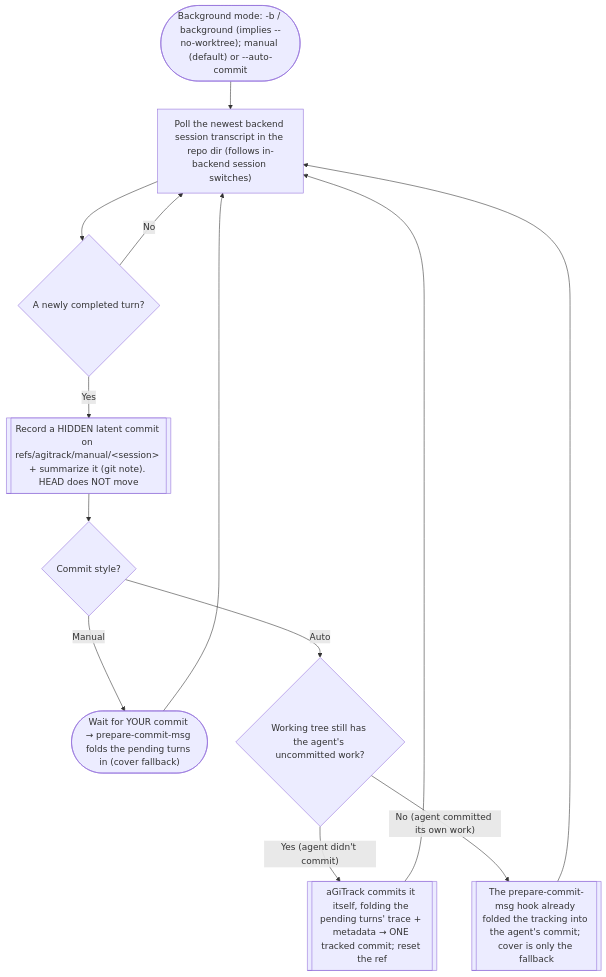
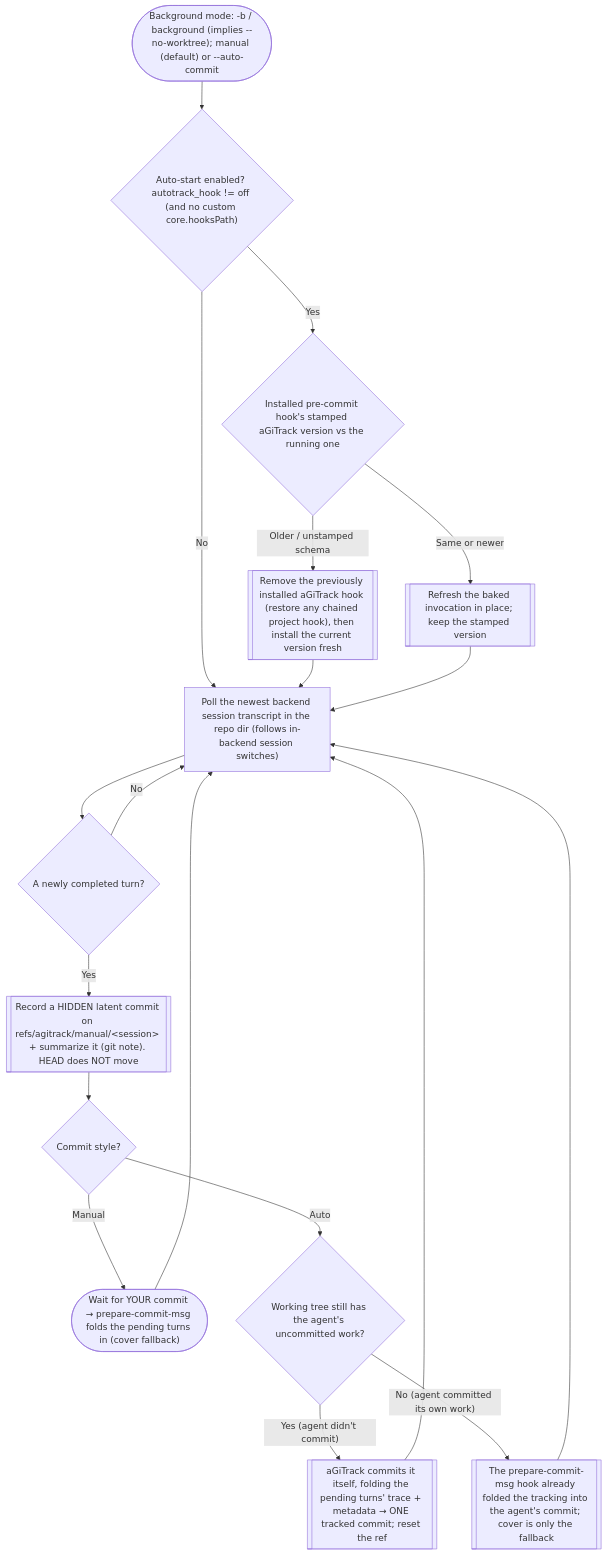
The sixth of 17 diagrams in docs/user-flow.md (core-aix/agitrack), drawn with Mermaid before and after one commit. The commit also changed other lines of this file and 7 other files, not shown here.

````diff
--- a/docs/user-flow.md
+++ b/docs/user-flow.md
@@ -226,15 +236,22 @@
 ```mermaid
 flowchart TD
-  s(["Background mode: -b / background (implies --no-worktree); manual (default) or --auto-commit"]) --> watch["Poll the newest backend session transcript in the repo dir (follows in-backend session switches)"]
+  s(["Background mode: -b / background (implies --no-worktree); manual (default) or --auto-commit"]) --> hookq{"Auto-start enabled? autotrack_hook != off (and no custom core.hooksPath)"}
+  hookq -->|No| watch
+  hookq -->|Yes| stamp{"Installed pre-commit hook's stamped aGiTrack version vs the running one"}
+  stamp -->|Older / unstamped schema| replace[["Remove the previously installed aGiTrack hook (restore any chained project hook), then install the current version fresh"]]
+  stamp -->|Same or newer| refresh[["Refresh the baked invocation in place; keep the stamped version"]]
+  replace --> watch
+  refresh --> watch
+  watch["Poll the newest backend session transcript in the repo dir (follows in-backend session switches)"]
   watch --> turn{"A newly completed turn?"}
   turn -->|No| watch
   turn -->|Yes| latent[["Record a HIDDEN latent commit on refs/agitrack/manual/&lt;session&gt; + summarize it (git note). HEAD does NOT move"]]
   latent --> mode{"Commit style?"}
   mode -->|Manual| user(["Wait for YOUR commit → prepare-commit-msg folds the pending turns in (cover fallback)"])
   mode -->|Auto| auto{"Working tree still has the agent's uncommitted work?"}
   auto -->|"Yes (agent didn't commit)"| aGit[["aGiTrack commits it itself, folding the pending turns' trace + metadata → ONE tracked commit; reset the ref"]]
   auto -->|"No (agent committed its own work)"| hook[["The prepare-commit-msg hook already folded the tracking into the agent's commit; cover is only the fallback"]]
   user --> watch
   aGit --> watch
   hook --> watch
 ```
````
